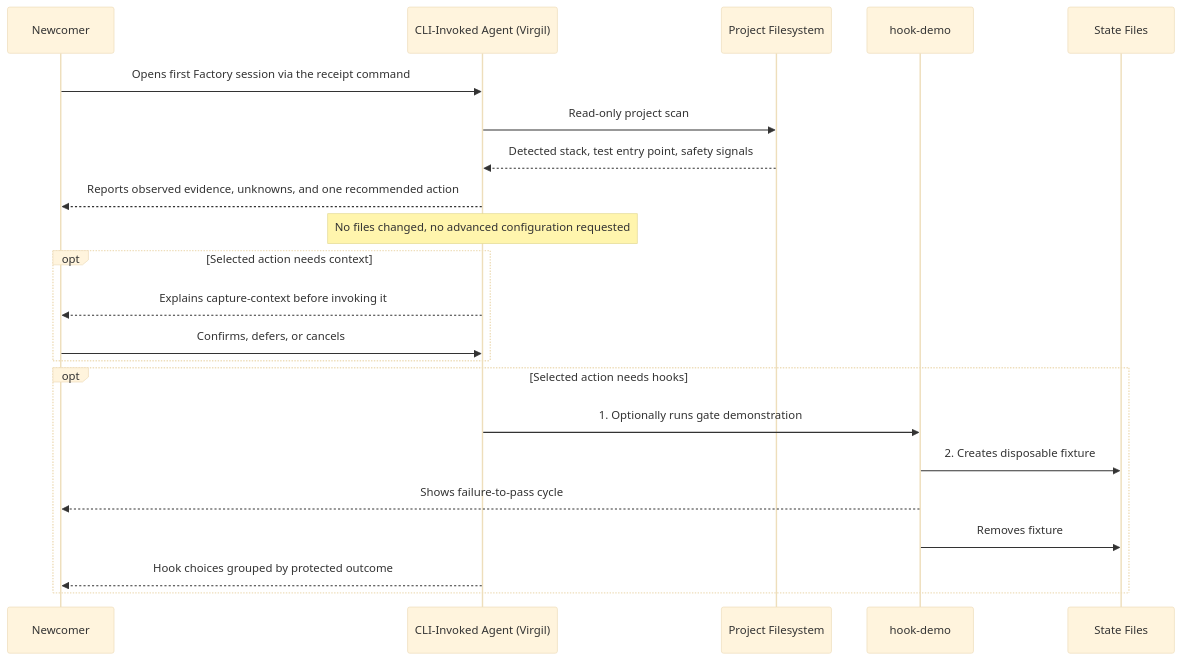
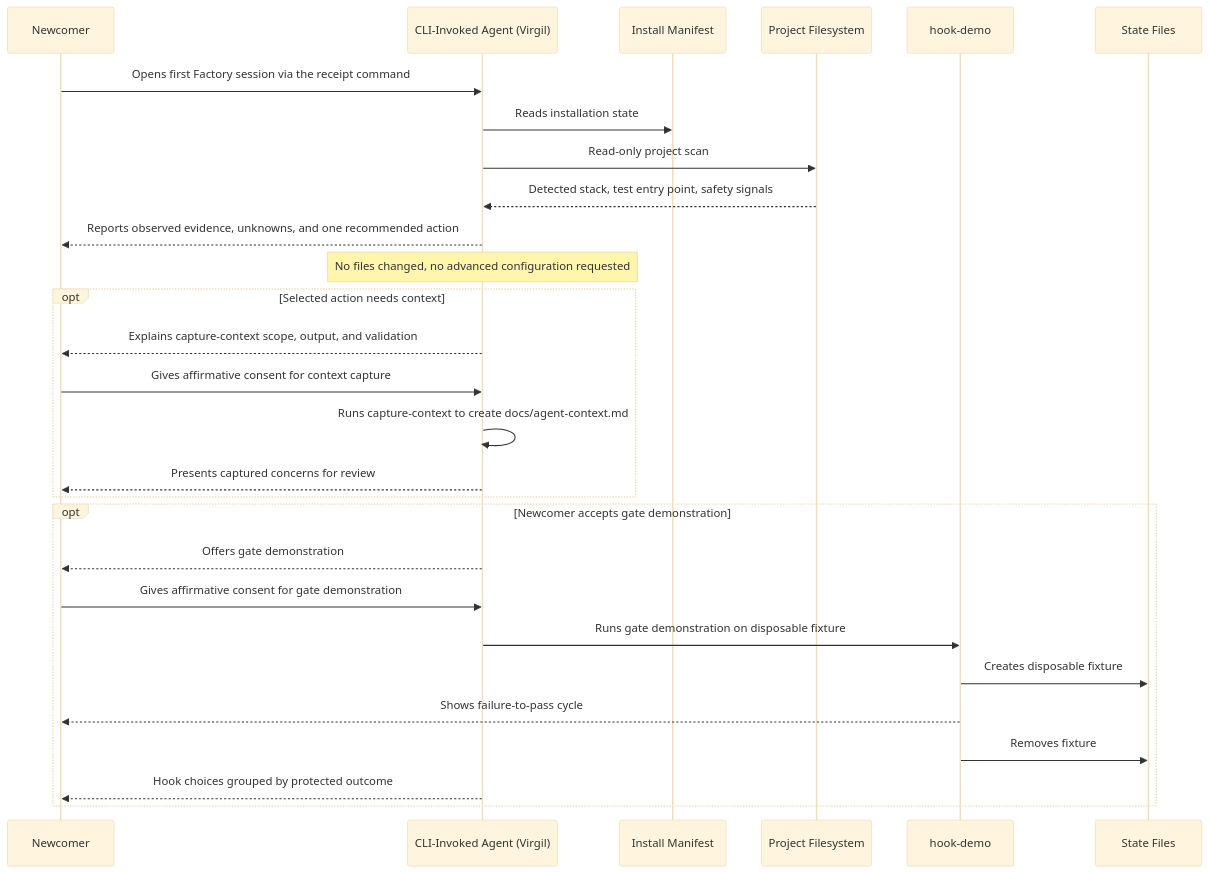
Diagram 15 of 17 in docs/arc42/06_runtime_view.md (matthiasdaues/agent_factory), drawn with Mermaid (base theme) before and after one commit. The commit also changed other lines of this file and 32 other files, not shown here.

Commit message:
docs: finalize value-first onboarding architecture review

````diff
--- a/docs/arc42/06_runtime_view.md
+++ b/docs/arc42/06_runtime_view.md
@@ -416,25 +417,31 @@
 ```mermaid
 sequenceDiagram
     participant N as Newcomer
     participant V as CLI-Invoked Agent (Virgil)
+    participant IM as Install Manifest
     participant FS as Project Filesystem
     participant HD as hook-demo
     participant SF as State Files
 
     N->>V: Opens first Factory session via the receipt command
+    V->>IM: Reads installation state
     V->>FS: Read-only project scan
     FS-->>V: Detected stack, test entry point, safety signals
     V-->>N: Reports observed evidence, unknowns, and one recommended action
     Note over V: No files changed, no advanced configuration requested
     opt Selected action needs context
-        V-->>N: Explains capture-context before invoking it
-        N->>V: Confirms, defers, or cancels
+        V-->>N: Explains capture-context scope, output, and validation
+        N->>V: Gives affirmative consent for context capture
+        V->>V: Runs capture-context to create docs/agent-context.md
+        V-->>N: Presents captured concerns for review
     end
-    opt Selected action needs hooks
-        V->>HD: 1. Optionally runs gate demonstration
-        HD->>SF: 2. Creates disposable fixture
+    opt Newcomer accepts gate demonstration
+        V-->>N: Offers gate demonstration
+        N->>V: Gives affirmative consent for gate demonstration
+        V->>HD: Runs gate demonstration on disposable fixture
+        HD->>SF: Creates disposable fixture
         HD-->>N: Shows failure-to-pass cycle
         HD->>SF: Removes fixture
         V-->>N: Hook choices grouped by protected outcome
     end
 ```
````
